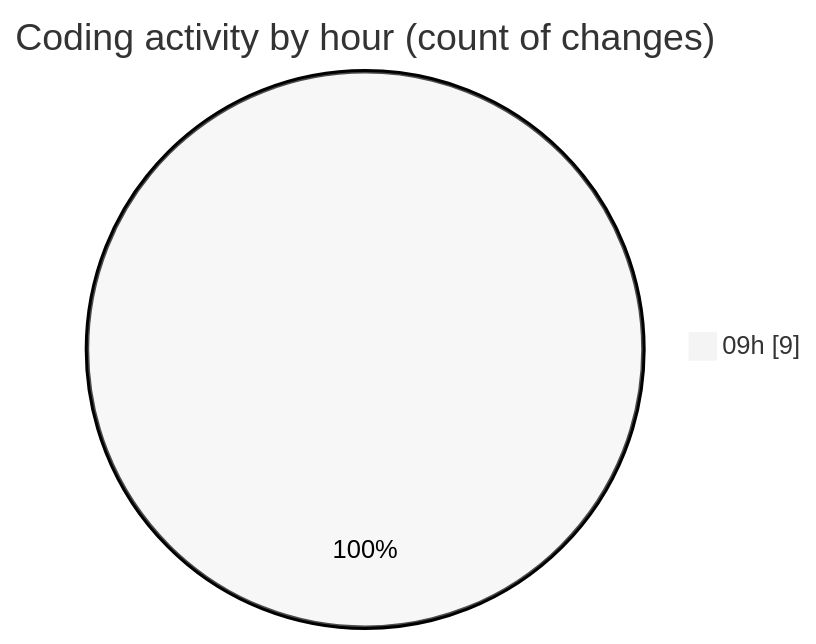
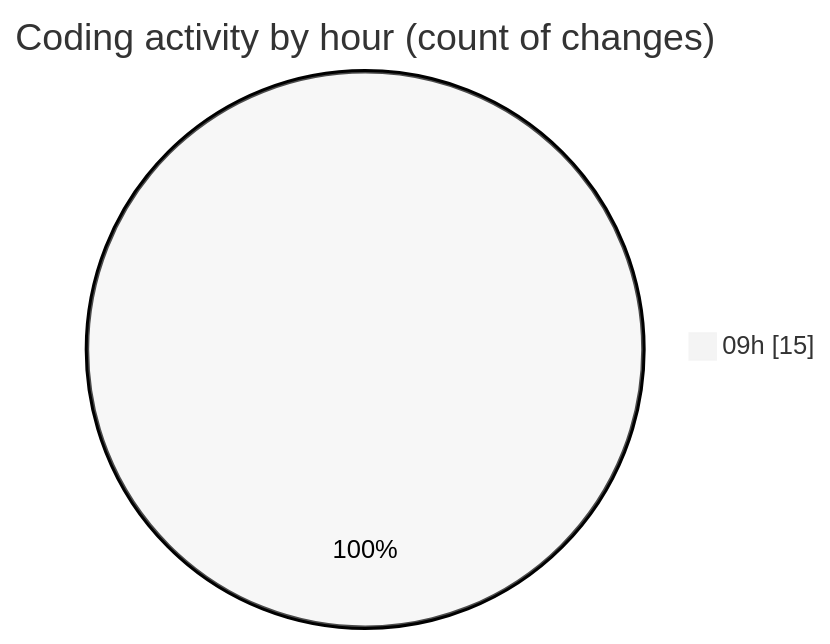
The second of 2 diagrams in 2025-01-10/nueva_carpeta/README.md (LanceThiago/code-tracking), drawn with Mermaid (neutral theme) before and after one commit. The commit also changed other lines of this file and 1 other file, not shown here.

````diff
--- a/2025-01-10/nueva_carpeta/README.md
+++ b/2025-01-10/nueva_carpeta/README.md
@@ -28,5 +28,5 @@
 ```mermaid
 pie showData
 title Coding activity by hour (count of changes)
-"09h" : 9
+"09h" : 15
 ```
````
